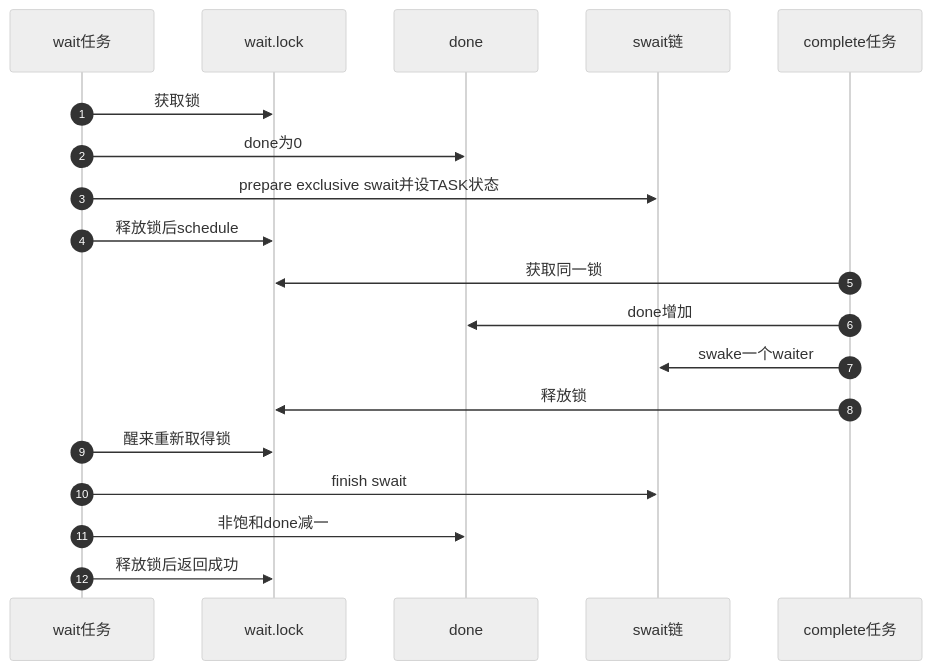
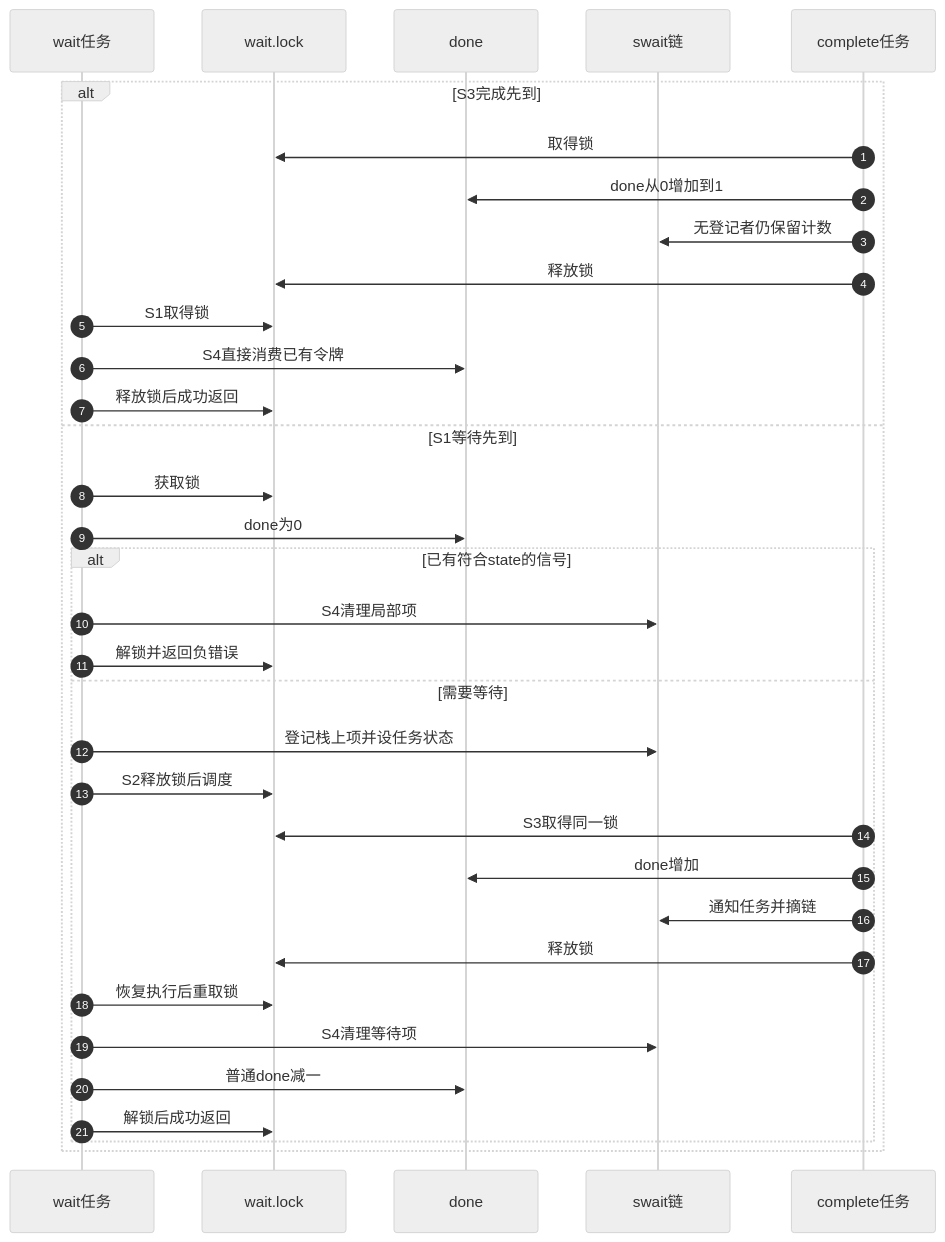
Before and after one commit to FormingSystem/linux_note: the second of 2 diagrams in research/source_reading/waiting_notification/navigation/P03_Linux_6.12_completion模块源码概念导读.md, drawn with Mermaid (neutral theme). The commit also changed other lines of this file and 13 other files, not shown here.

````diff
--- a/research/source_reading/waiting_notification/navigation/P03_Linux_6.12_completion模块源码概念导读.md
+++ b/research/source_reading/waiting_notification/navigation/P03_Linux_6.12_completion模块源码概念导读.md
@@ -33,22 +65,37 @@
 ```mermaid
 sequenceDiagram
     autonumber
     participant W as wait任务
     participant L as wait.lock
     participant D as done
     participant Q as swait链
     participant P as complete任务
 
-    W->>L: 获取锁
-    W->>D: done为0
-    W->>Q: prepare exclusive swait并设TASK状态
-    W->>L: 释放锁后schedule
-    P->>L: 获取同一锁
-    P->>D: done增加
-    P->>Q: swake一个waiter
-    P->>L: 释放锁
-    W->>L: 醒来重新取得锁
-    W->>Q: finish swait
-    W->>D: 非饱和done减一
-    W->>L: 释放锁后返回成功
+    alt S3完成先到
+        P->>L: 取得锁
+        P->>D: done从0增加到1
+        P->>Q: 无登记者仍保留计数
+        P->>L: 释放锁
+        W->>L: S1取得锁
+        W->>D: S4直接消费已有令牌
+        W->>L: 释放锁后成功返回
+    else S1等待先到
+        W->>L: 获取锁
+        W->>D: done为0
+        alt 已有符合state的信号
+            W->>Q: S4清理局部项
+            W->>L: 解锁并返回负错误
+        else 需要等待
+            W->>Q: 登记栈上项并设任务状态
+            W->>L: S2释放锁后调度
+            P->>L: S3取得同一锁
+            P->>D: done增加
+            P->>Q: 通知任务并摘链
+            P->>L: 释放锁
+            W->>L: 恢复执行后重取锁
+            W->>Q: S4清理等待项
+            W->>D: 普通done减一
+            W->>L: 解锁后成功返回
+        end
+    end
 ```
````
